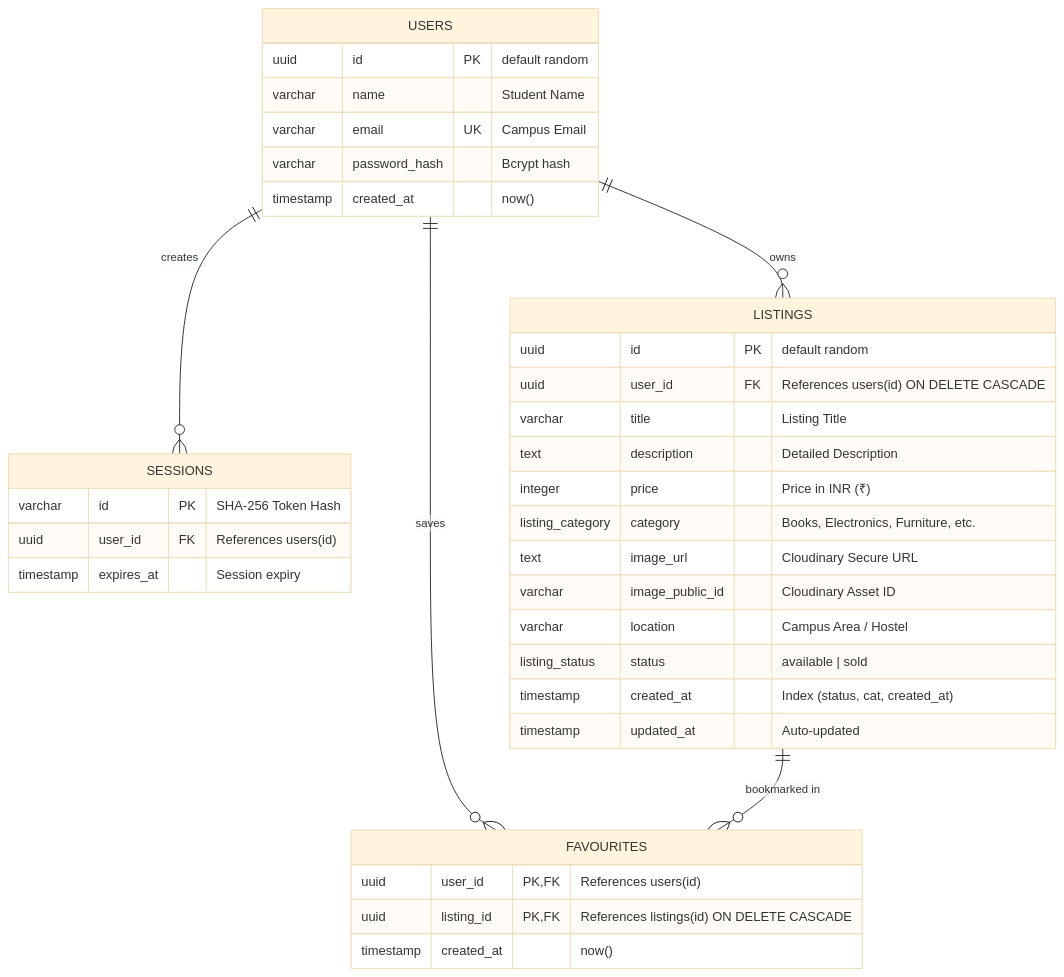
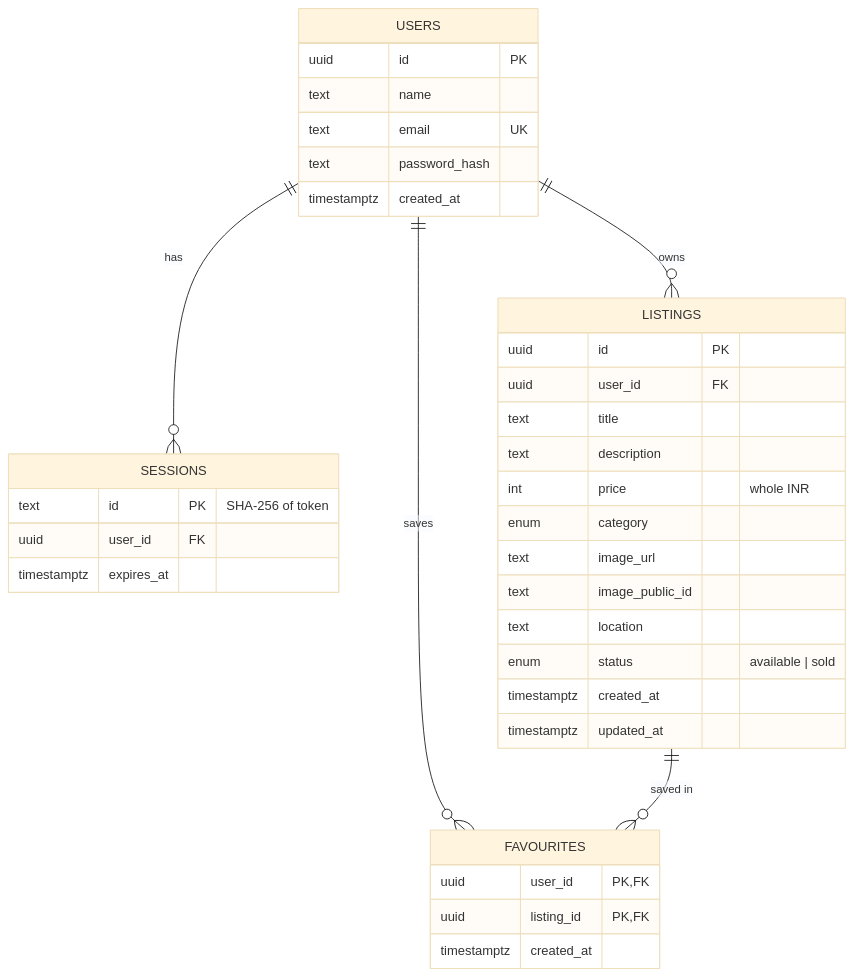
The diagram in README.md (arzeck/gdg-project), drawn with Mermaid (base theme) before and after one commit. The commit also changed other lines of this file, not shown here.

````diff
--- a/README.md
+++ b/README.md
@@ -43,42 +95,39 @@
 ```mermaid
 erDiagram
-    USERS ||--o{ SESSIONS : "creates"
-    USERS ||--o{ LISTINGS : "owns"
-    USERS ||--o{ FAVOURITES : "saves"
-    LISTINGS ||--o{ FAVOURITES : "bookmarked in"
+    USERS ||--o{ SESSIONS : has
+    USERS ||--o{ LISTINGS : owns
+    USERS ||--o{ FAVOURITES : saves
+    LISTINGS ||--o{ FAVOURITES : "saved in"
 
     USERS {
-        uuid id PK "default random"
-        varchar name "Student Name"
-        varchar email UK "Campus Email"
-        varchar password_hash "Bcrypt hash"
-        timestamp created_at "now()"
+        uuid id PK
+        text name
+        text email UK
+        text password_hash
+        timestamptz created_at
     }
-
     SESSIONS {
-        varchar id PK "SHA-256 Token Hash"
-        uuid user_id FK "References users(id)"
-        timestamp expires_at "Session expiry"
+        text id PK "SHA-256 of token"
+        uuid user_id FK
+        timestamptz expires_at
     }
-
     LISTINGS {
-        uuid id PK "default random"
-        uuid user_id FK "References users(id) ON DELETE CASCADE"
-        varchar title "Listing Title"
-        text description "Detailed Description"
-        integer price "Price in INR (₹)"
-        listing_category category "Books, Electronics, Furniture, etc."
-        text image_url "Cloudinary Secure URL"
-        varchar image_public_id "Cloudinary Asset ID"
-        varchar location "Campus Area / Hostel"
-        listing_status status "available | sold"
-        timestamp created_at "Index (status, cat, created_at)"
-        timestamp updated_at "Auto-updated"
+        uuid id PK
+        uuid user_id FK
+        text title
+        text description
+        int price "whole INR"
+        enum category
+        text image_url
+        text image_public_id
+        text location
+        enum status "available | sold"
+        timestamptz created_at
+        timestamptz updated_at
     }
-
     FAVOURITES {
-        uuid user_id PK, FK "References users(id)"
-        uuid listing_id PK, FK "References listings(id) ON DELETE CASCADE"
-        timestamp created_at "now()"
+        uuid user_id PK, FK
+        uuid listing_id PK, FK
+        timestamptz created_at
     }
 ```
````
